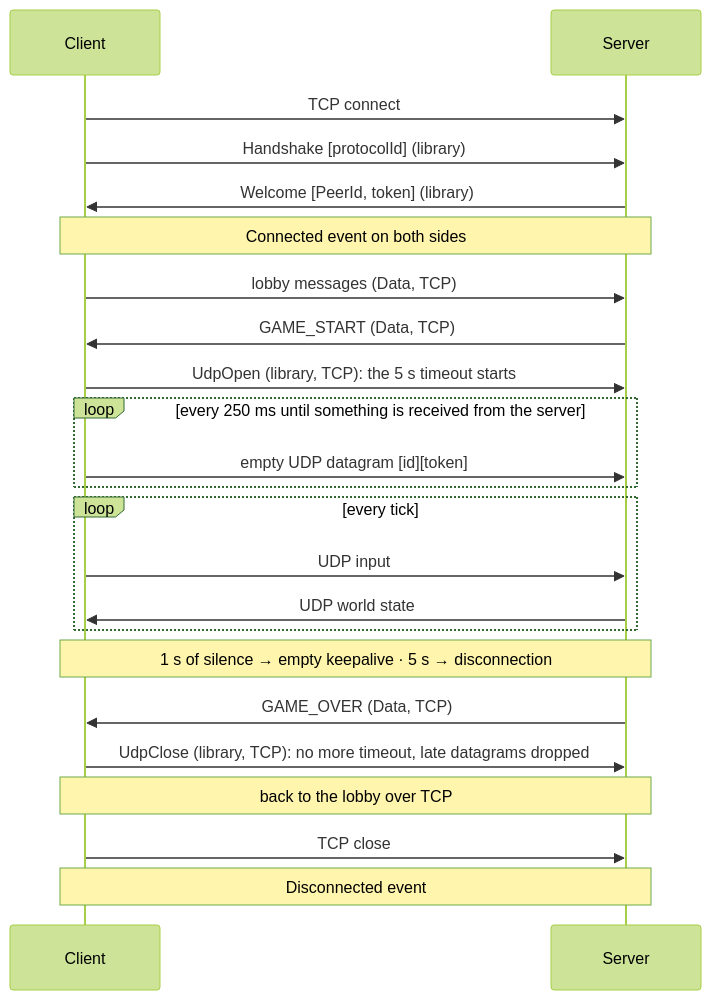
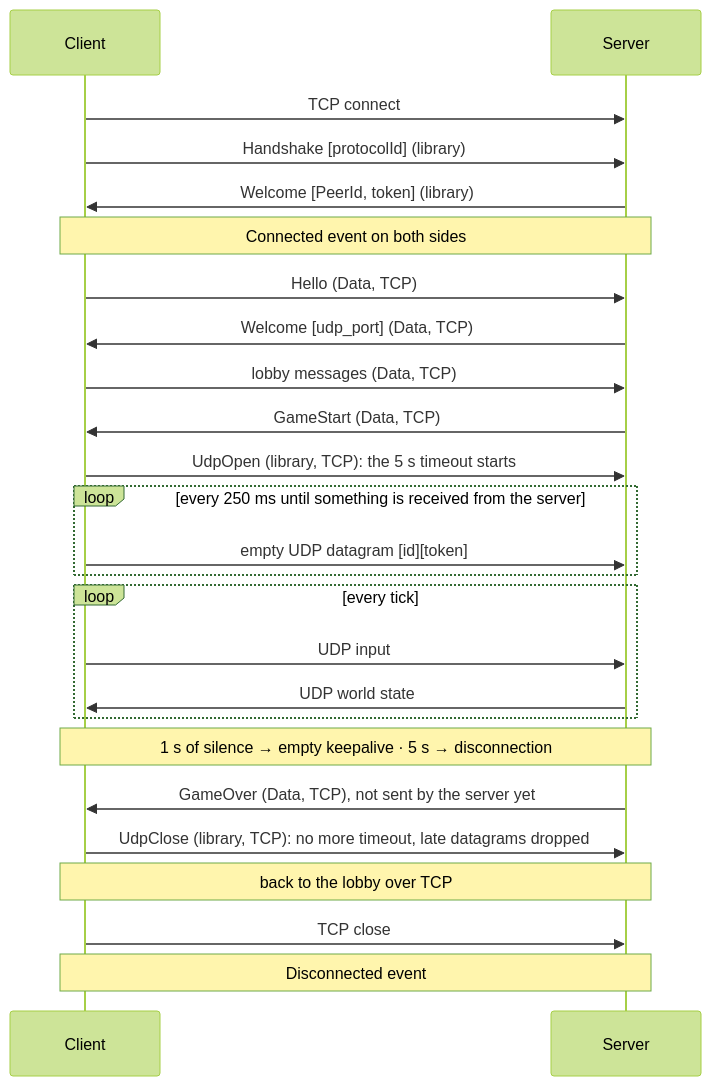
One commit to Matt4401/Mirror-Rtype changed the third of 4 diagrams in docs/architecture/client-server.md. Above: the diagram before and after it, drawn with Mermaid (forest theme). The commit also changed other lines of this file and 11 other files, not shown here.

````diff
--- a/docs/architecture/client-server.md
+++ b/docs/architecture/client-server.md
@@ -216,25 +214,27 @@
 ```mermaid
 sequenceDiagram
     participant C as Client
     participant S as Server
     C ->> S: TCP connect
     C ->> S: Handshake [protocolId] (library)
     S ->> C: Welcome [PeerId, token] (library)
     Note over C, S: Connected event on both sides
+    C ->> S: Hello (Data, TCP)
+    S ->> C: Welcome [udp_port] (Data, TCP)
     C ->> S: lobby messages (Data, TCP)
-    S ->> C: GAME_START (Data, TCP)
+    S ->> C: GameStart (Data, TCP)
     C ->> S: UdpOpen (library, TCP): the 5 s timeout starts
     loop every 250 ms until something is received from the server
         C ->> S: empty UDP datagram [id][token]
     end
     loop every tick
         C ->> S: UDP input
         S ->> C: UDP world state
     end
     Note over C, S: 1 s of silence → empty keepalive · 5 s → disconnection
-    S ->> C: GAME_OVER (Data, TCP)
+    S ->> C: GameOver (Data, TCP), not sent by the server yet
     C ->> S: UdpClose (library, TCP): no more timeout, late datagrams dropped
     Note over C, S: back to the lobby over TCP
     C ->> S: TCP close
     Note over C, S: Disconnected event
 ```
````
